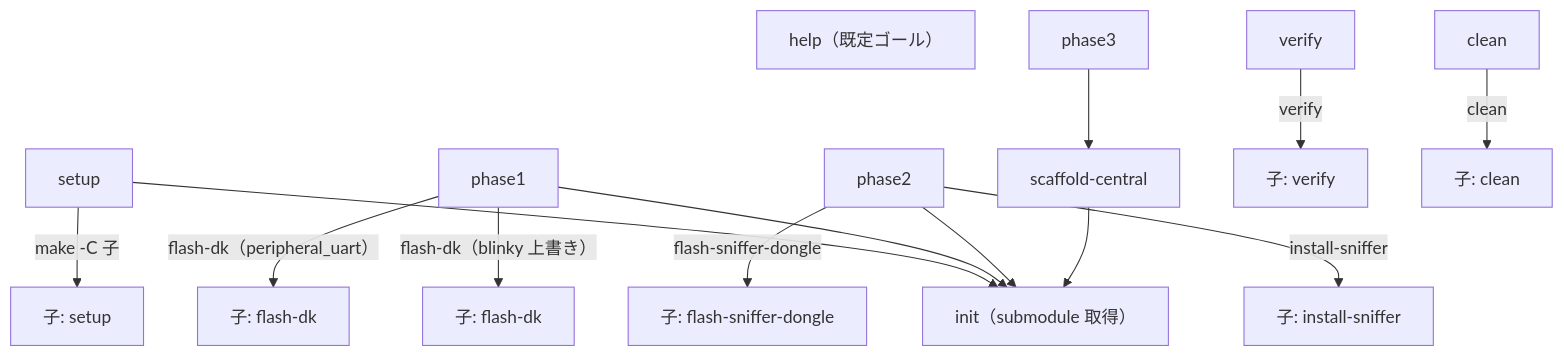
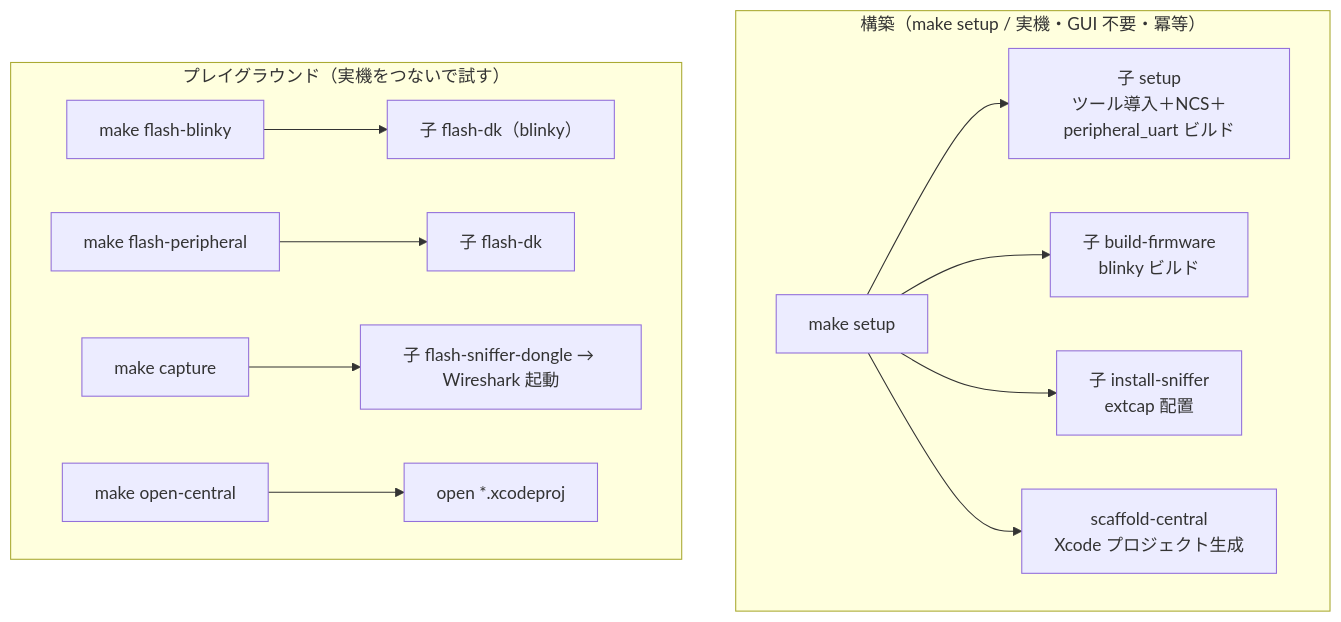
Before and after one commit to kokiTakashiki/CoreBluetoothDevelopmentBootstrap: the fourth of 4 diagrams in docs/DESIGN-001.md, drawn with Mermaid. The commit also changed other lines of this file and 4 other files, not shown here.

First line of the commit message:
refactor(make): プレイグラウンド型インターフェースへ再設計（setup が全部組み上げ）

````diff
--- a/docs/DESIGN-001.md
+++ b/docs/DESIGN-001.md
@@ -225,22 +233,17 @@
 ```mermaid
 graph TD
-    help["help（既定ゴール）"]
-    init["init（submodule 取得）"]
+    subgraph build["構築（make setup / 実機・GUI 不要・冪等）"]
+        setup["make setup"]
+        setup --> s1["子 setup<br/>ツール導入＋NCS＋peripheral_uart ビルド"]
+        setup --> s2["子 build-firmware<br/>blinky ビルド"]
+        setup --> s3["子 install-sniffer<br/>extcap 配置"]
+        setup --> s4["scaffold-central<br/>Xcode プロジェクト生成"]
+    end
 
-    setup --> init
-    setup -->|"make -C 子"| c_setup["子: setup"]
-
-    phase1 --> init
-    phase1 -->|"flash-dk（blinky 上書き）"| c_flash1["子: flash-dk"]
-    phase1 -->|"flash-dk（peripheral_uart）"| c_flash2["子: flash-dk"]
-
-    phase2 --> init
-    phase2 -->|"install-sniffer"| c_sniff["子: install-sniffer"]
-    phase2 -->|"flash-sniffer-dongle"| c_dongle["子: flash-sniffer-dongle"]
-
-    phase3 --> scaffold["scaffold-central"]
-    scaffold --> init
-
-    verify -->|"verify"| c_verify["子: verify"]
-    clean -->|"clean"| c_clean["子: clean"]
+    subgraph play["プレイグラウンド（実機をつないで試す）"]
+        fb["make flash-blinky"] --> p1["子 flash-dk（blinky）"]
+        fp["make flash-peripheral"] --> p2["子 flash-dk"]
+        cap["make capture"] --> p3["子 flash-sniffer-dongle → Wireshark 起動"]
+        oc["make open-central"] --> p4["open *.xcodeproj"]
+    end
 ```
````
